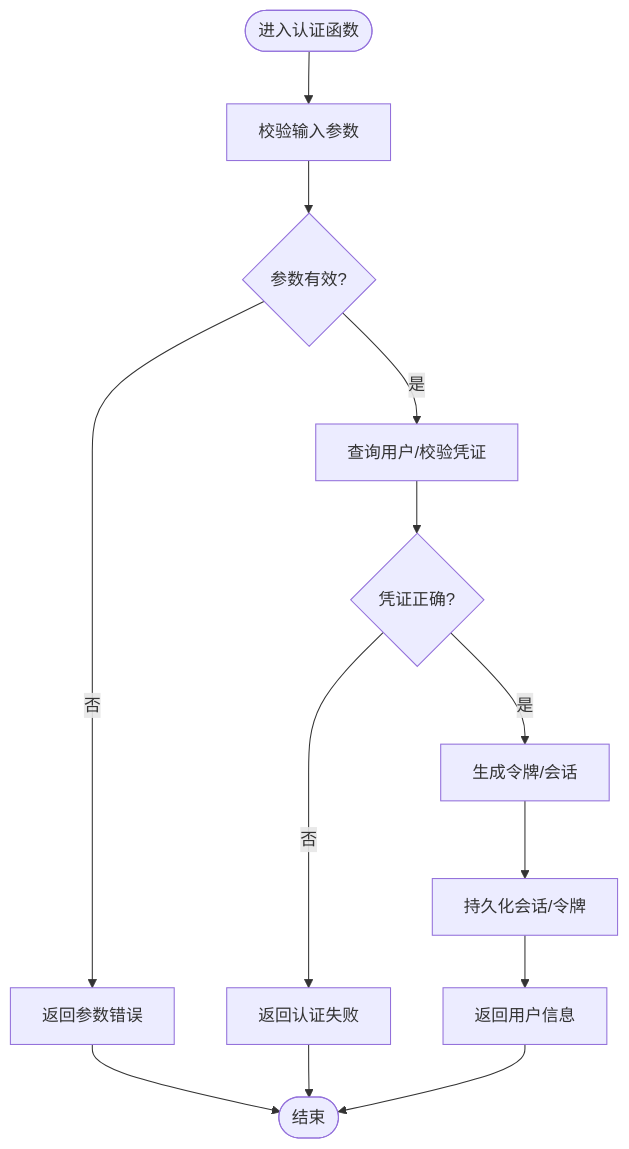
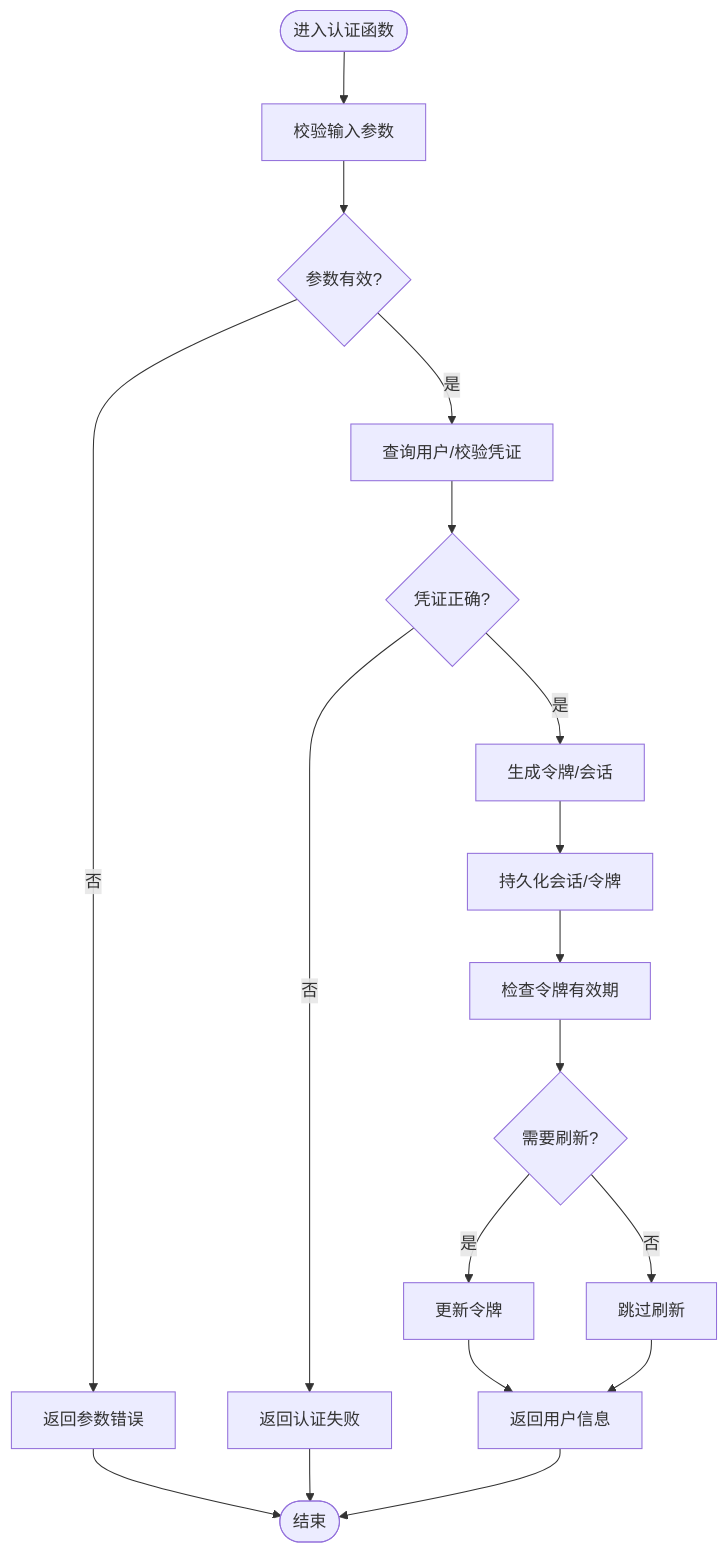
Before and after one commit to wangzihao64/RAG_Front: the third of 6 diagrams in .qoder/repowiki/zh/content/用户认证系统.md, drawn with Mermaid. The commit also changed other lines of this file and 29 other files, not shown here.

````diff
--- a/.qoder/repowiki/zh/content/用户认证系统.md
+++ b/.qoder/repowiki/zh/content/用户认证系统.md
@@ -160,15 +188,20 @@
 ```mermaid
 flowchart TD
 Start(["进入认证函数"]) --> Validate["校验输入参数"]
 Validate --> Valid{"参数有效?"}
 Valid --> |否| ErrParam["返回参数错误"]
 Valid --> |是| CheckUser["查询用户/校验凭证"]
 CheckUser --> UserOk{"凭证正确?"}
 UserOk --> |否| ErrAuth["返回认证失败"]
 UserOk --> |是| GenToken["生成令牌/会话"]
 GenToken --> SaveSession["持久化会话/令牌"]
-SaveSession --> ReturnUser["返回用户信息"]
+SaveSession --> RefreshCheck["检查令牌有效期"]
+RefreshCheck --> AutoRefresh{"需要刷新?"}
+AutoRefresh --> |是| UpdateToken["更新令牌"]
+AutoRefresh --> |否| SkipRefresh["跳过刷新"]
+UpdateToken --> ReturnUser["返回用户信息"]
+SkipRefresh --> ReturnUser
 ErrParam --> End(["结束"])
 ErrAuth --> End
 ReturnUser --> End
 ```
````
